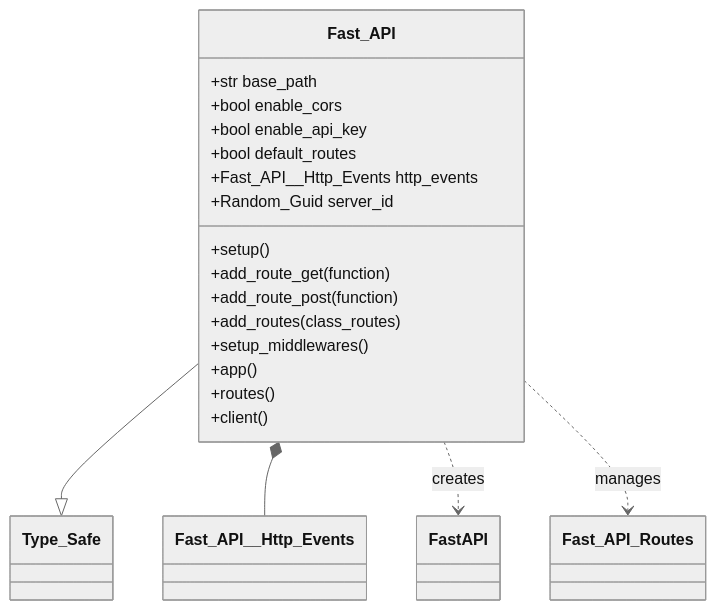
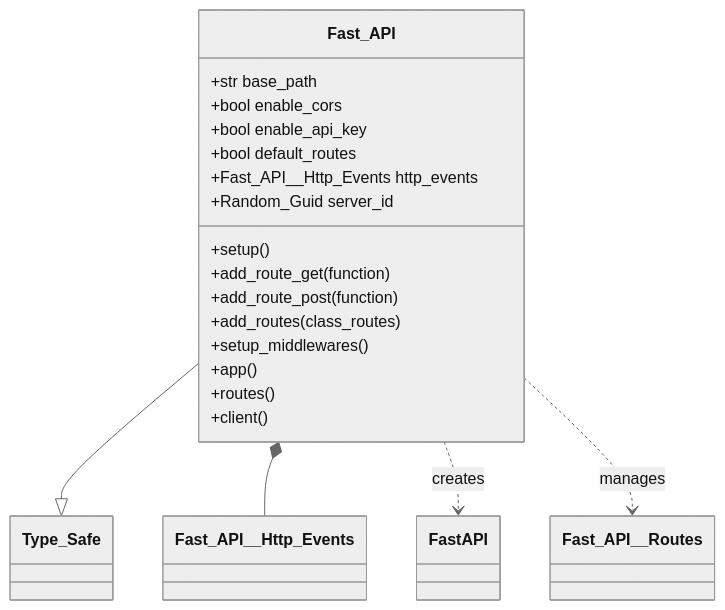
One commit to owasp-sbot/OSBot-Fast-API changed the third of 9 diagrams in docs/architecture/osbot-fast-api-architecture.md. Above: the diagram before and after it, drawn with Mermaid (neutral theme). The commit also changed other lines of this file and 21 other files, not shown here.

Commit message:
BREAKING Change, fixed Fast_API_Routes name, it is now Fast_API__Routes Fixed bug with tag (was over filtering) with now classes for it class Safe_Str__FastAPI__Route__Prefix , Safe_Str__FastAPI__Route__Tag

````diff
--- a/docs/architecture/osbot-fast-api-architecture.md
+++ b/docs/architecture/osbot-fast-api-architecture.md
@@ -114,25 +114,25 @@
 ```mermaid
 classDiagram
     class Fast_API {
         +str base_path
         +bool enable_cors
         +bool enable_api_key
         +bool default_routes
         +Fast_API__Http_Events http_events
         +Random_Guid server_id
         
         +setup()
         +add_route_get(function)
         +add_route_post(function)
         +add_routes(class_routes)
         +setup_middlewares()
         +app()
         +routes()
         +client()
     }
     
     Fast_API --|> Type_Safe
     Fast_API *-- Fast_API__Http_Events
     Fast_API ..> FastAPI : creates
-    Fast_API ..> Fast_API_Routes : manages
+    Fast_API ..> Fast_API__Routes : manages
 ```
````
